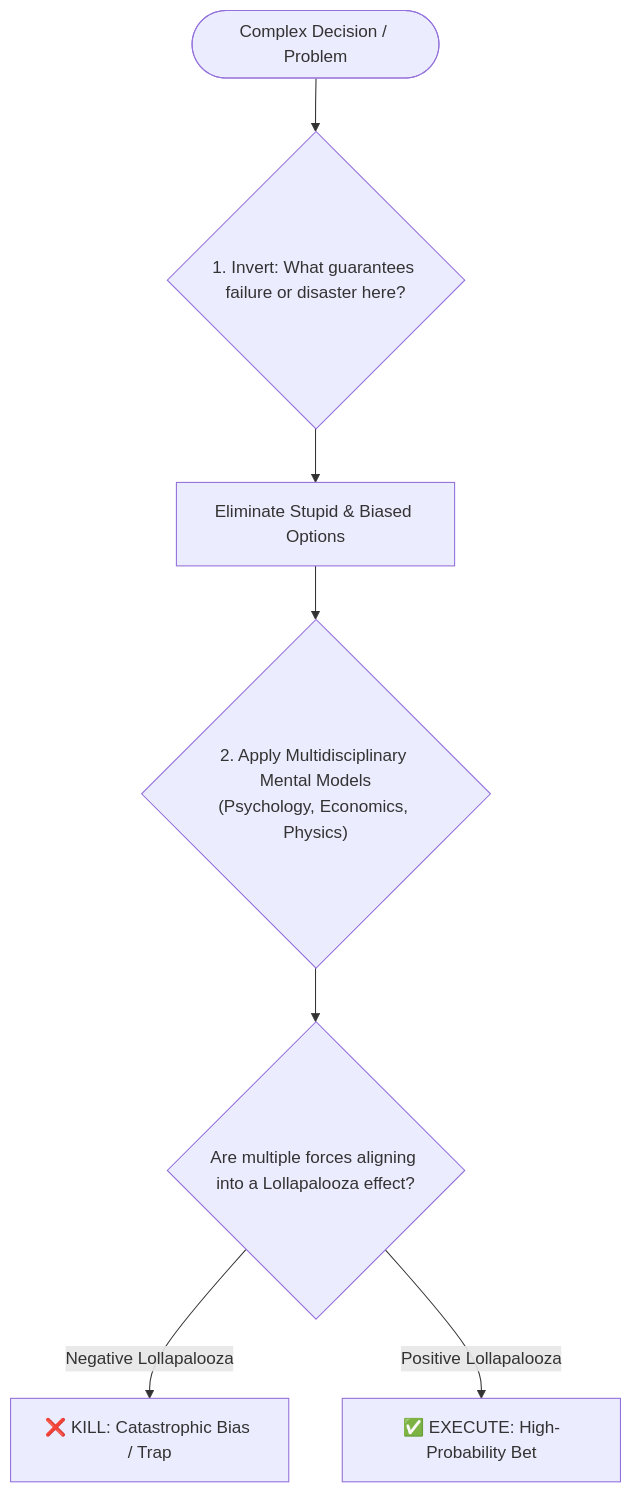
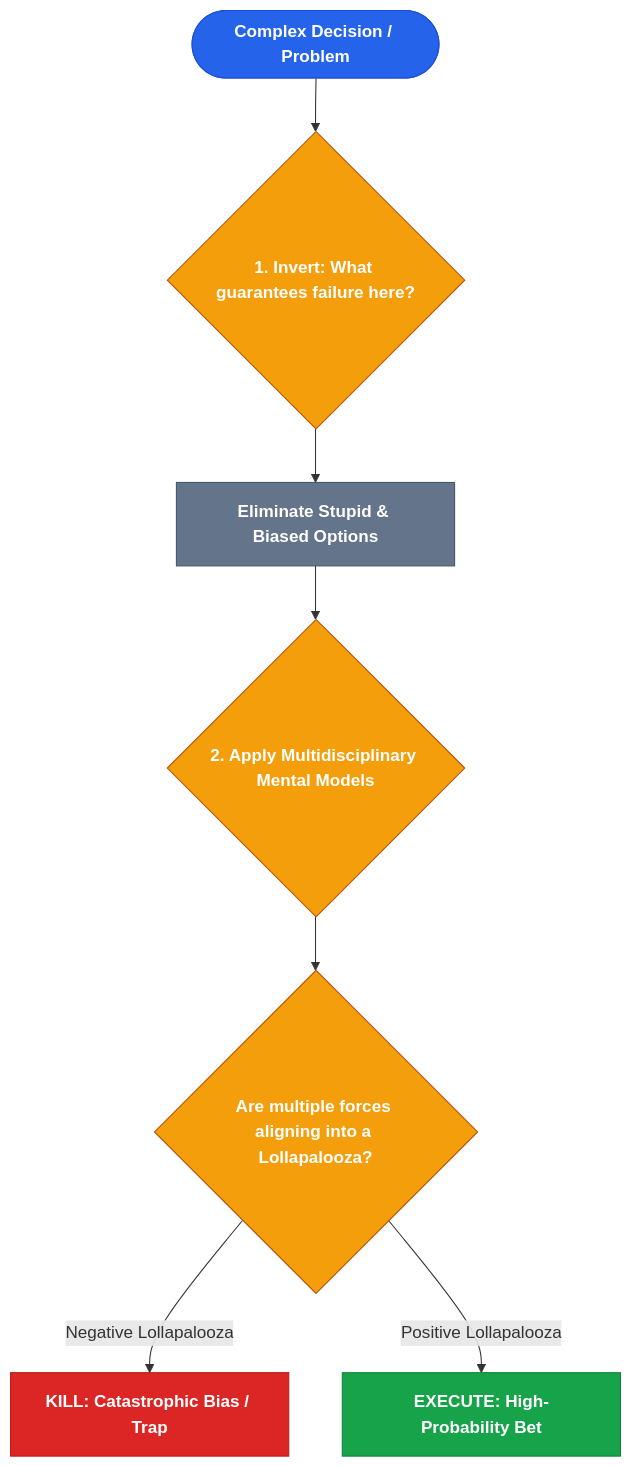
Before and after one commit to DOTfei/borrowed-brain-pro: the diagram in profiles/charlie-munger.md, drawn with Mermaid. The commit also changed 12 other files, not shown here.

````diff
--- a/profiles/charlie-munger.md
+++ b/profiles/charlie-munger.md
@@ -16,12 +16,18 @@
 ```mermaid
 flowchart TD
-    Problem(["Complex Decision / Problem"]) --> Invert{"1. Invert: What guarantees failure or disaster here?"}
-    
-    Invert --> Eliminate["Eliminate Stupid & Biased Options"]
-    Eliminate --> CheckModels{"2. Apply Multidisciplinary Mental Models\n(Psychology, Economics, Physics)"}
-    
-    CheckModels --> CheckLollapalooza{"Are multiple forces aligning into a Lollapalooza effect?"}
-    
-    CheckLollapalooza -->|Negative Lollapalooza| Kill["❌ KILL: Catastrophic Bias / Trap"]
-    CheckLollapalooza -->|Positive Lollapalooza| HighConviction["✅ EXECUTE: High-Probability Bet"]
+    Start(["Complex Decision / Problem"]):::start --> Q1{"1. Invert: What guarantees failure here?"}:::decision
+
+    Q1 --> S1["Eliminate Stupid & Biased Options"]:::action
+    S1 --> Q2{"2. Apply Multidisciplinary Mental Models"}:::decision
+
+    Q2 --> Q3{"Are multiple forces aligning into a Lollapalooza?"}:::decision
+
+    Q3 -->|Negative Lollapalooza| R1["KILL: Catastrophic Bias / Trap"]:::danger
+    Q3 -->|Positive Lollapalooza| E1["EXECUTE: High-Probability Bet"]:::success
+    classDef start fill:#2563eb,stroke:#1d4ed8,color:#ffffff,font-weight:bold
+    classDef decision fill:#f59e0b,stroke:#b45309,color:#ffffff,font-weight:bold
+    classDef success fill:#16a34a,stroke:#15803d,color:#ffffff,font-weight:bold
+    classDef danger fill:#dc2626,stroke:#b91c1c,color:#ffffff,font-weight:bold
+    classDef warning fill:#ea580c,stroke:#c2410c,color:#ffffff,font-weight:bold
+    classDef action fill:#64748b,stroke:#475569,color:#ffffff,font-weight:bold
 ```
````
